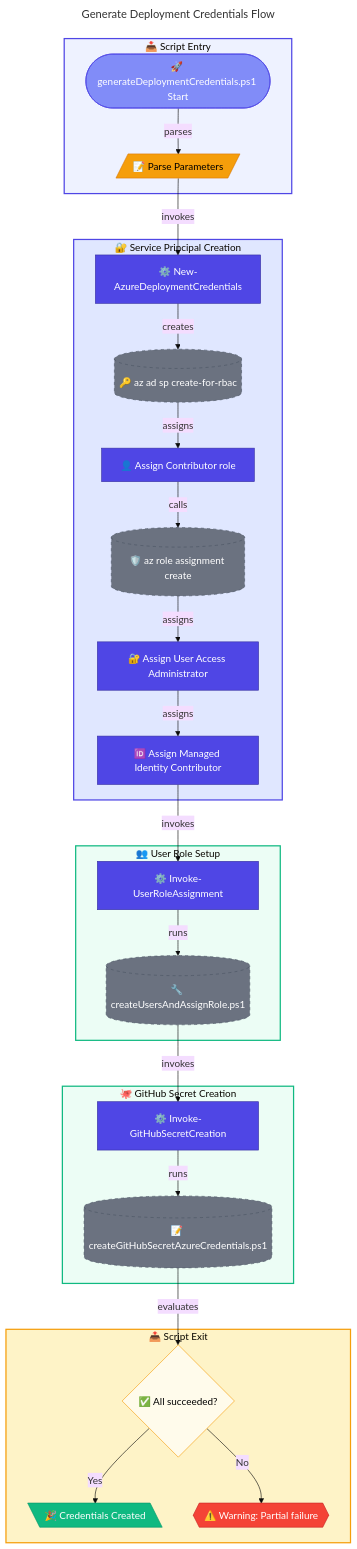
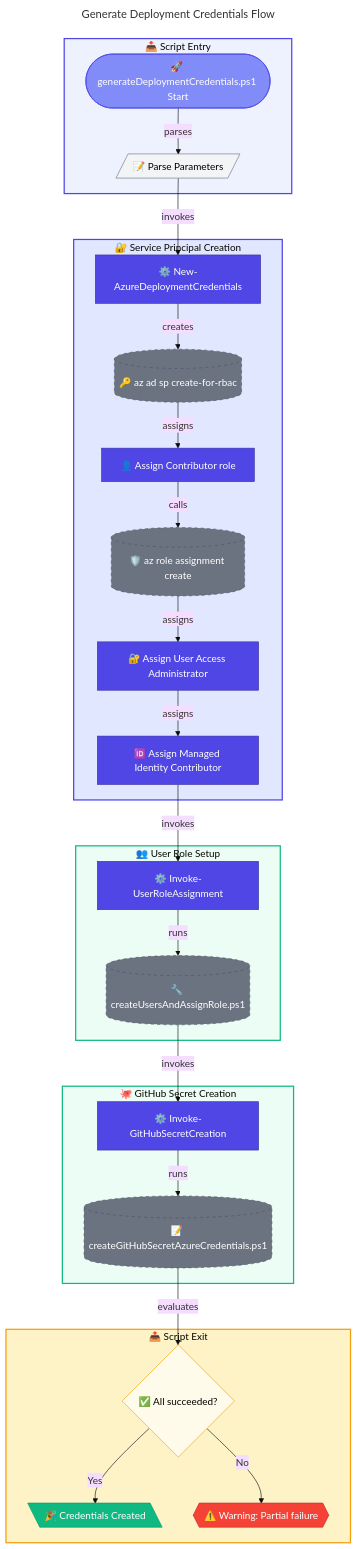
The first of 2 diagrams in docs/scripts/azure/generate-deployment-credentials.md (Evilazaro/DevExp-DevBox), drawn with Mermaid (base theme) before and after one commit. The commit also changed 4 other files, not shown here.

Commit message:
Refine input styles in flowcharts across multiple Azure script documentation for improved clarity and consistency.

````diff
--- a/docs/scripts/azure/generate-deployment-credentials.md
+++ b/docs/scripts/azure/generate-deployment-credentials.md
@@ -66,71 +66,71 @@
 ```mermaid
 ---
 title: Generate Deployment Credentials Flow
 ---
 flowchart TD
     %% ===== SCRIPT ENTRY =====
     subgraph Entry["📥 Script Entry"]
         A(["🚀 generateDeploymentCredentials.ps1 Start"])
         B[/"📝 Parse Parameters"/]
     end
     
     %% ===== SERVICE PRINCIPAL CREATION =====
     subgraph SPCreation["🔐 Service Principal Creation"]
         C["⚙️ New-AzureDeploymentCredentials"]
         D[("🔑 az ad sp create-for-rbac")]
         E["👤 Assign Contributor role"]
         F[("🛡️ az role assignment create")]
         G["🔐 Assign User Access Administrator"]
         H["🆔 Assign Managed Identity Contributor"]
     end
     
     %% ===== USER ROLE SETUP =====
     subgraph UserRoles["👥 User Role Setup"]
         I["⚙️ Invoke-UserRoleAssignment"]
         J[("🔧 createUsersAndAssignRole.ps1")]
     end
     
     %% ===== GITHUB SECRET CREATION =====
     subgraph GitHubSecret["🐙 GitHub Secret Creation"]
         K["⚙️ Invoke-GitHubSecretCreation"]
         L[("📝 createGitHubSecretAzureCredentials.ps1")]
     end
     
     %% ===== SCRIPT EXIT =====
     subgraph Exit["📤 Script Exit"]
         M{"✅ All succeeded?"}
         N[\"🎉 Credentials Created"\]
         O{{"⚠️ Warning: Partial failure"}}
     end
     
     %% ===== CONNECTIONS =====
     A -->|parses| B -->|invokes| C -->|creates| D -->|assigns| E -->|calls| F -->|assigns| G -->|assigns| H
     H -->|invokes| I -->|runs| J
     J -->|invokes| K -->|runs| L -->|evaluates| M
     M -->|Yes| N
     M -->|No| O
 
     %% ===== STYLES =====
     classDef trigger fill:#818CF8,stroke:#4F46E5,color:#FFFFFF
-    classDef input fill:#F59E0B,stroke:#D97706,color:#000000
+    classDef input fill:#F3F4F6,stroke:#6B7280,color:#000000
     classDef primary fill:#4F46E5,stroke:#3730A3,color:#FFFFFF
     classDef external fill:#6B7280,stroke:#4B5563,color:#FFFFFF,stroke-dasharray:5 5
     classDef decision fill:#FFFBEB,stroke:#F59E0B,color:#000000
     classDef secondary fill:#10B981,stroke:#059669,color:#FFFFFF
     classDef failed fill:#F44336,stroke:#C62828,color:#FFFFFF
     
     class A trigger
     class B input
     class C,E,G,H,I,K primary
     class D,F,J,L external
     class M decision
     class N secondary
     class O failed
     
     %% ===== SUBGRAPH STYLES =====
     style Entry fill:#EEF2FF,stroke:#4F46E5,stroke-width:2px
     style SPCreation fill:#E0E7FF,stroke:#4F46E5,stroke-width:2px
     style UserRoles fill:#ECFDF5,stroke:#10B981,stroke-width:2px
     style GitHubSecret fill:#ECFDF5,stroke:#10B981,stroke-width:2px
     style Exit fill:#FEF3C7,stroke:#F59E0B,stroke-width:2px
 ```
````
